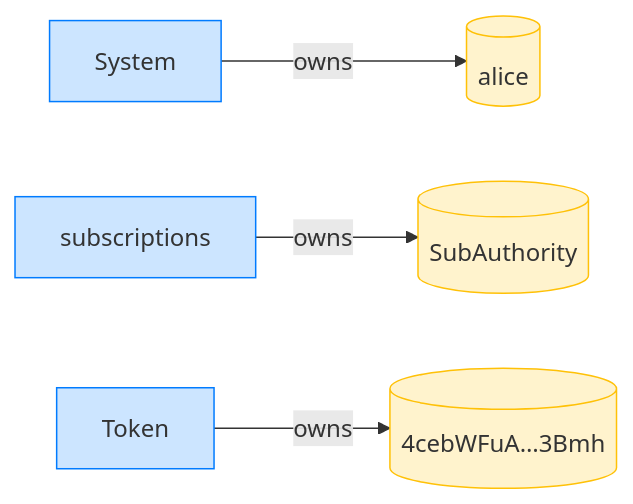
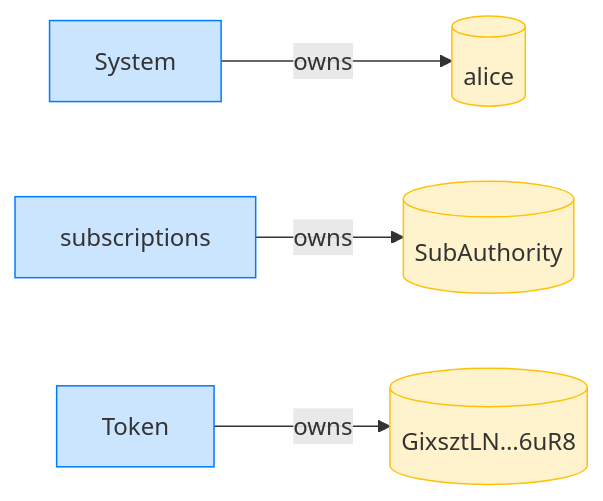
One commit to cds-rs/subscriptions changed the fourth of 20 diagrams in dsl_tests/transfer-subscription--a-ghost--re-created--plan-is-refused.md. Above: the diagram before and after it, drawn with Mermaid. The commit also changed other lines of this file and 224 other files, not shown here.

````diff
--- a/dsl_tests/transfer-subscription--a-ghost--re-created--plan-is-refused.md
+++ b/dsl_tests/transfer-subscription--a-ghost--re-created--plan-is-refused.md
@@ -73,14 +78,14 @@
 ```mermaid
 flowchart LR
     classDef owner fill:#cce5ff,stroke:#007bff;
     classDef account fill:#fff3cd,stroke:#ffc107;
     System[System]:::owner
     alice[(alice)]:::account
     subscriptions[subscriptions]:::owner
     SubAuthority[(SubAuthority)]:::account
     Token[Token]:::owner
-    4cebWFuA_3Bmh[("4cebWFuA…3Bmh")]:::account
+    GixsztLN_6uR8[("GixsztLN…6uR8")]:::account
     System -->|owns| alice
     subscriptions -->|owns| SubAuthority
-    Token -->|owns| 4cebWFuA_3Bmh
+    Token -->|owns| GixsztLN_6uR8
 ```
````
